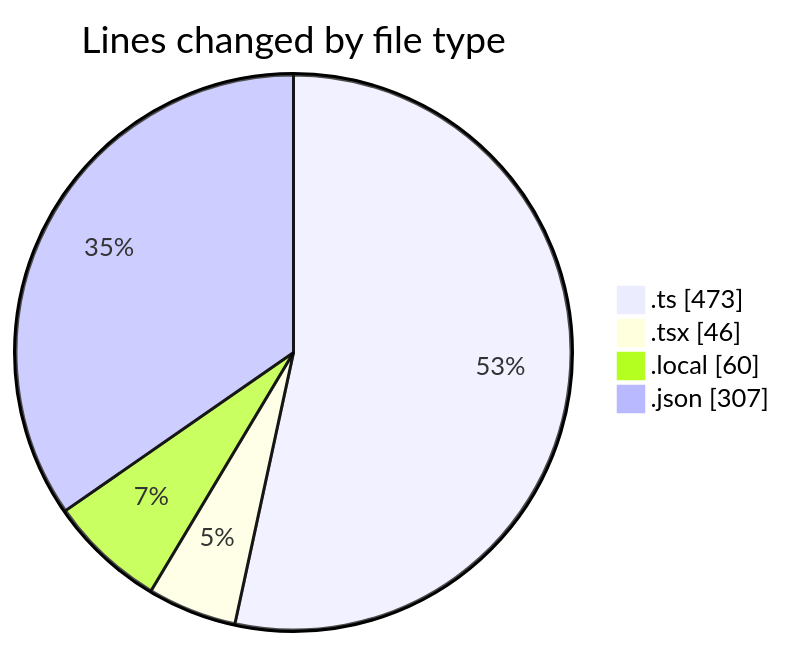
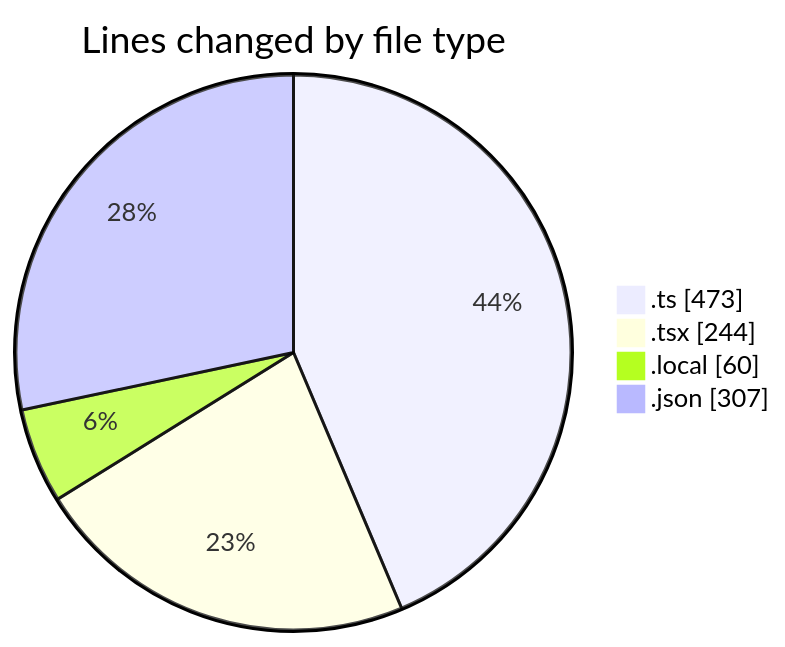
Before and after one commit to julien-gomy/code-tracking: the first of 2 diagrams in 2025-11-26/eventscop-frontend-guide__workspace_/README.md, drawn with Mermaid. The commit also changed other lines of this file and 1 other file, not shown here.

````diff
--- a/2025-11-26/eventscop-frontend-guide__workspace_/README.md
+++ b/2025-11-26/eventscop-frontend-guide__workspace_/README.md
@@ -26,8 +26,8 @@
 ```mermaid
 pie showData
 title Lines changed by file type
 ".ts" : 473
-".tsx" : 46
+".tsx" : 244
 ".local" : 60
 ".json" : 307
 ```
````
